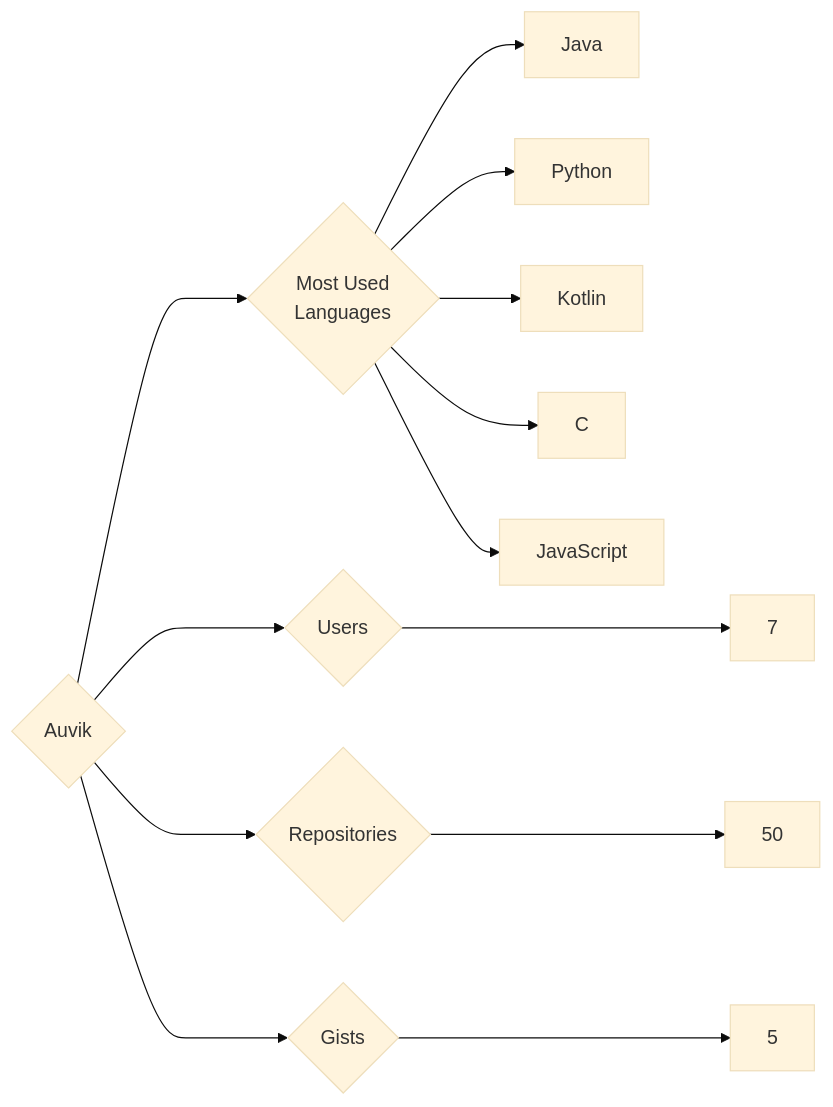
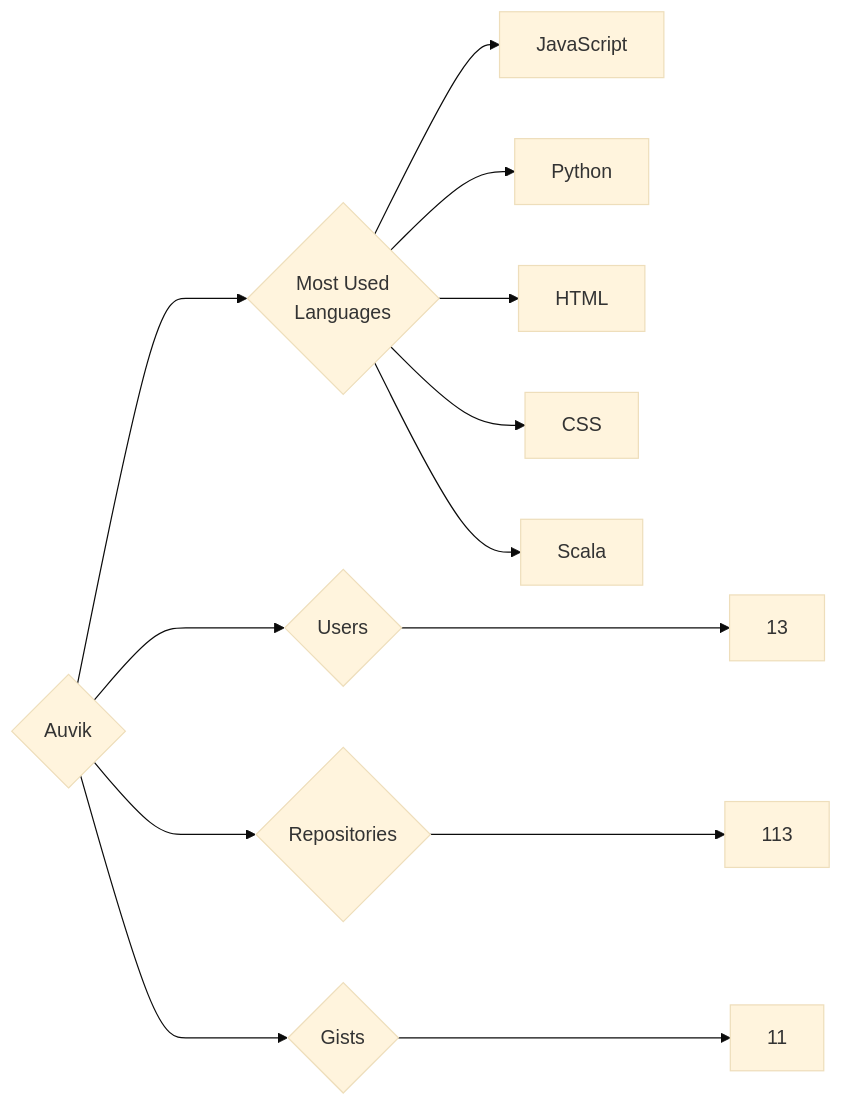
Before and after one commit to trickest/insiders: the diagram in targets/Auvik/README.md, drawn with Mermaid (base theme). The commit also changed 786 other files, not shown here.

````diff
--- a/targets/Auvik/README.md
+++ b/targets/Auvik/README.md
@@ -3,13 +3,13 @@
 ```mermaid
 graph LR
 COMPANY_NAME{Auvik}
-COMPANY_NAME ---> U{Users} ---> UN[7]
-COMPANY_NAME ---> R{Repositories} ---> RN[50]
-COMPANY_NAME ---> G{Gists} ---> GN[5]
+COMPANY_NAME ---> U{Users} ---> UN[13]
+COMPANY_NAME ---> R{Repositories} ---> RN[113]
+COMPANY_NAME ---> G{Gists} ---> GN[11]
 COMPANY_NAME ---> ML{Most Used<br>Languages}
-ML --> Java[Java]
+ML --> JavaScript[JavaScript]
 ML --> Python[Python]
-ML --> Kotlin[Kotlin]
-ML --> C[C]
-ML --> JavaScript[JavaScript]
+ML --> HTML[HTML]
+ML --> CSS[CSS]
+ML --> Scala[Scala]
 ```
````
